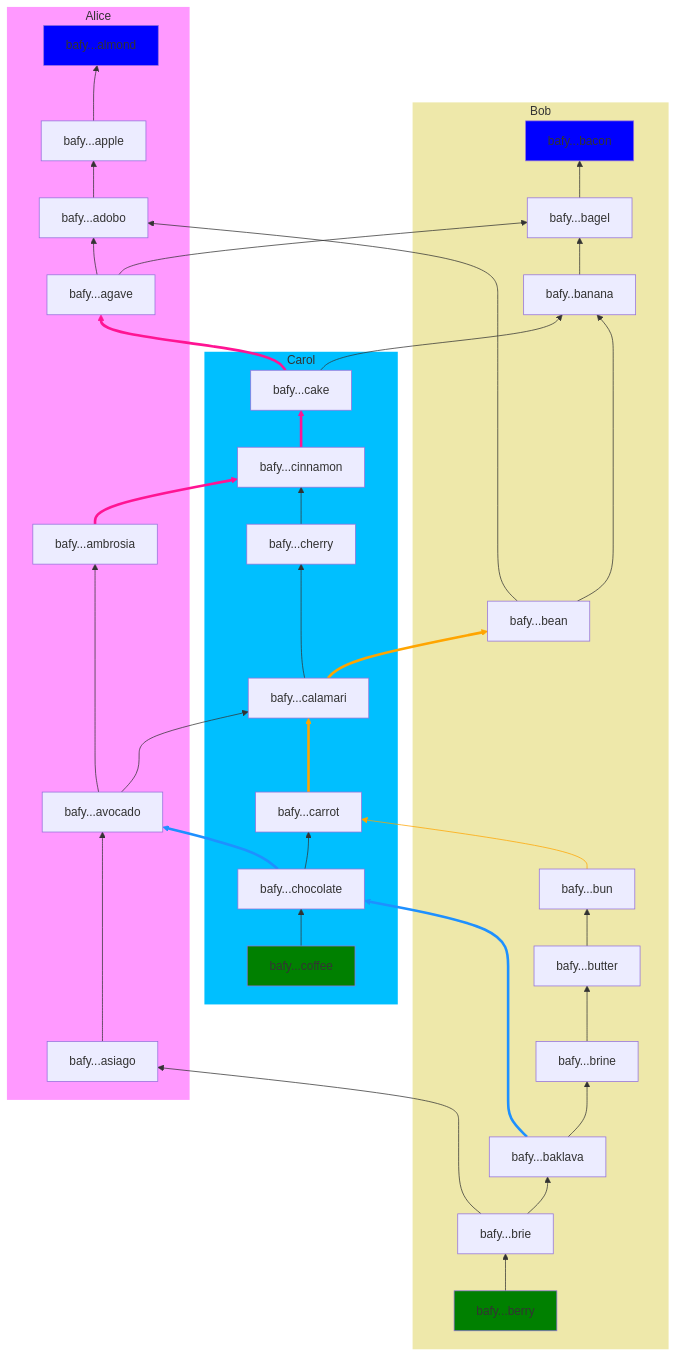
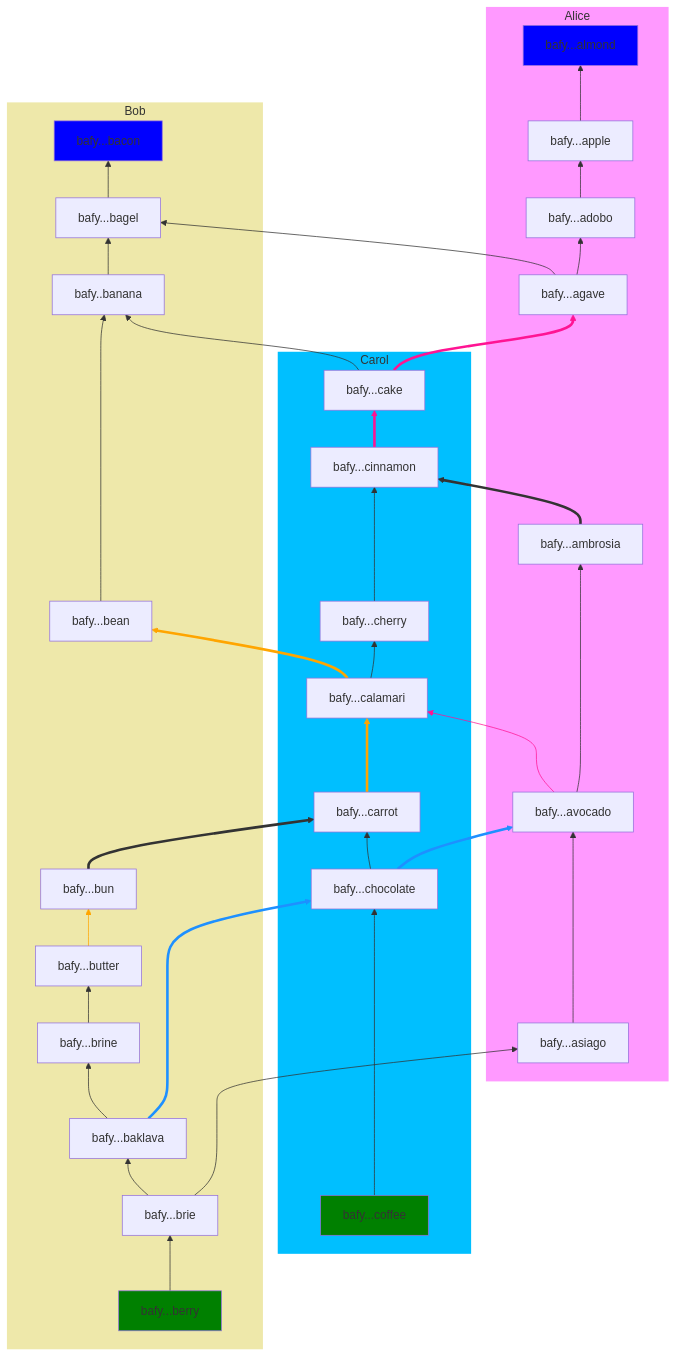
One commit to RhizomeDB/spec changed the third of 5 diagrams in README.md. Above: the diagram before and after it, drawn with Mermaid. The commit also changed other lines of this file, not shown here.

Commit message:
Flesh out ancestor terms

```diff
--- a/README.md
+++ b/README.md
@@ -498,14 +498,14 @@
     cake --> banana
     cinnamon ==> cake
     cherry --> cinnamon
-    calamari ---> cherry
+    calamari --> cherry
     carrot ===> calamari
     chocolate --> carrot
     chocolate ==> avocado
     calamari ==> bean
     berry --> brie
-    bean --> adobo
-    bun --> carrot
+    %% bean --> adobo
+    bun ==> carrot
     butter --> bun
     brine --> butter
     baklava --> brine
@@ -516,16 +516,13 @@
     ambrosia ==> cinnamon
     cake ==> agave
     avocado --> calamari
-    coffee --> chocolate
+    coffee -----> chocolate
     baklava ==> chocolate
-
-    %% Layout hacks
-        bacon ~~~ almond
 
     %% Transative Path Styles
         %% baklava -> chocolate -> avodcado
            linkStyle 13 stroke: DodgerBlue;
-           linkStyle 29 stroke: DodgerBlue;
+           linkStyle 28 stroke: DodgerBlue;
 
         %% calamari -> bean -> adobo
             linkStyle 11 stroke: orange;
```
